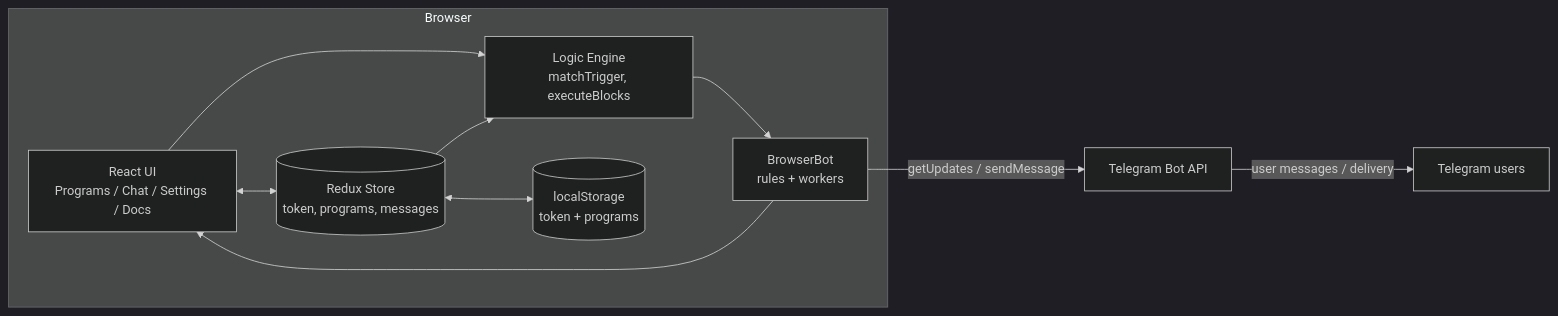
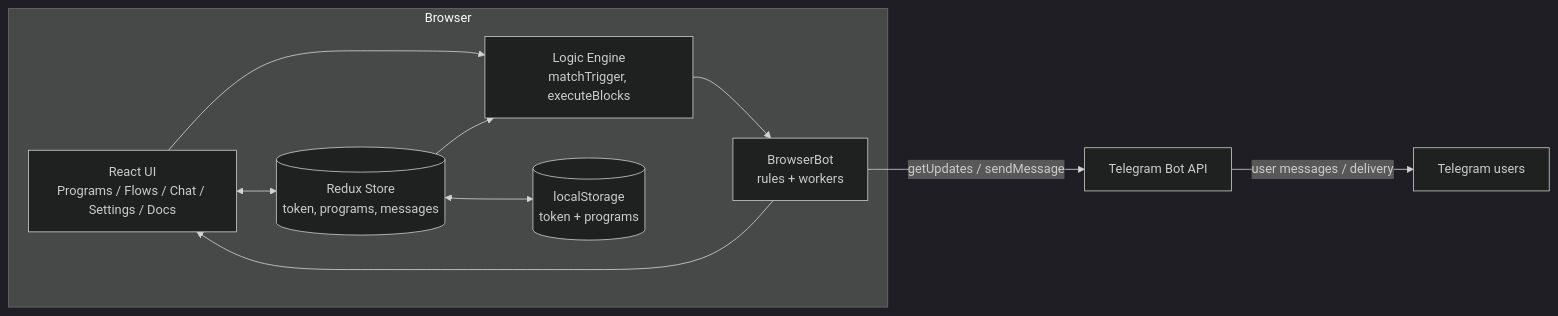
Before and after one commit to Jh123x/telegram-bot-on-browser: the first of 6 diagrams in docs/ARCHITECTURE.md, drawn with Mermaid (dark theme). The commit also changed other lines of this file and 4 other files, not shown here.

Commit message:
docs: document flows feature and architecture

````diff
--- a/docs/ARCHITECTURE.md
+++ b/docs/ARCHITECTURE.md
@@ -11,20 +11,20 @@
 ```mermaid
 flowchart LR
   subgraph Browser
-    UI[React UI<br/>Programs / Chat / Settings / Docs]
+    UI[React UI<br/>Programs / Flows / Chat / Settings / Docs]
     Store[(Redux Store<br/>token, programs, messages)]
     Logic[Logic Engine<br/>matchTrigger, executeBlocks]
     Bot[BrowserBot<br/>rules + workers]
     Local[(localStorage<br/>token + programs)]
 
     UI <--> Store
     UI --> Logic
     Store --> Logic
     Logic --> Bot
     Bot --> UI
     Store <--> Local
   end
 
   Bot -- "getUpdates / sendMessage" --> API[Telegram Bot API]
   API -- "user messages / delivery" --> Telegram[Telegram users]
 ```
````
